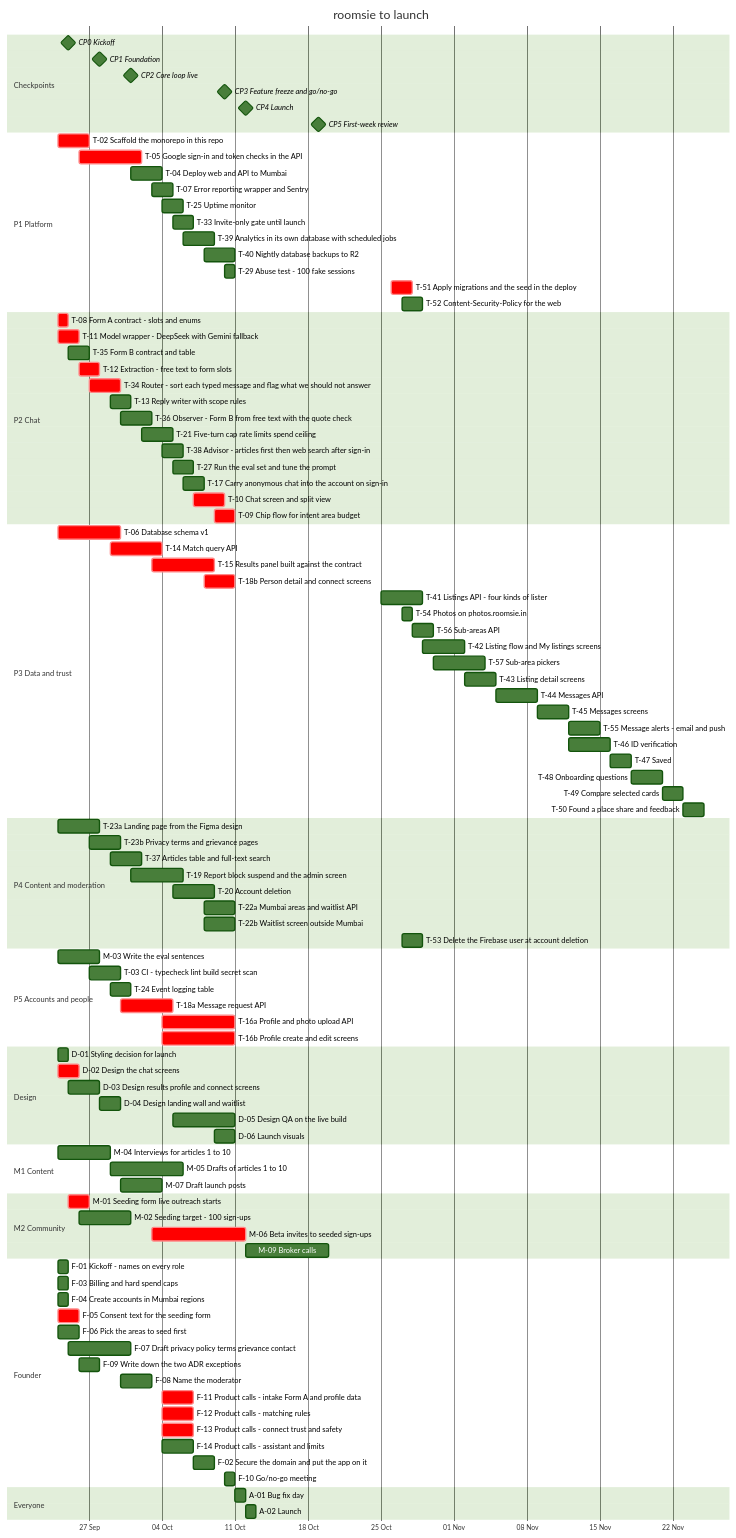
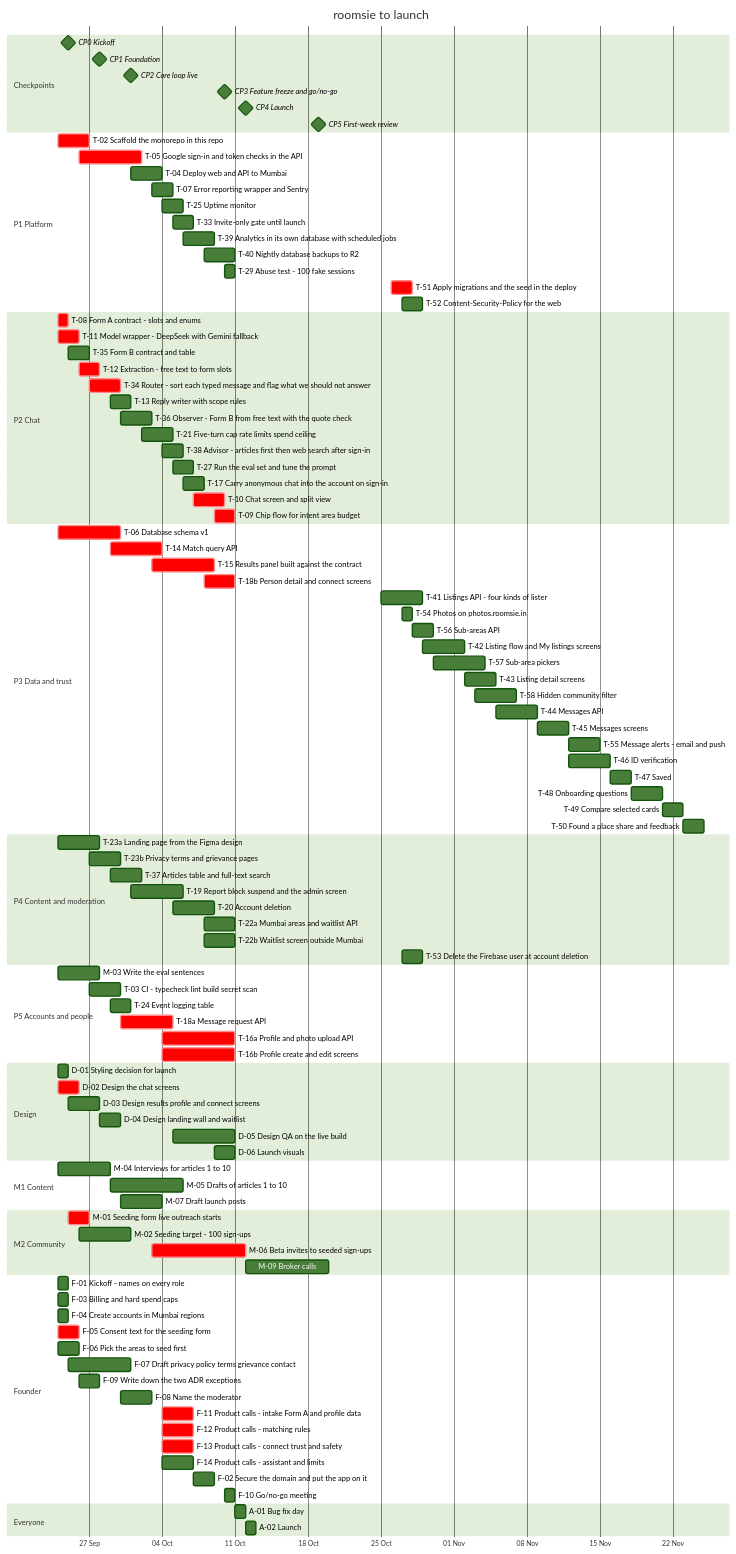
One commit to magentawood/roomsie changed the diagram in docs/team-plan.md. Above: the diagram before and after it, drawn with Mermaid (forest theme). The commit also changed other lines of this file and 28 other files, not shown here.

Commit message:
T-34: the spec, the changed done items 2 and 3, and the new task T-58 for the hidden community filter

```diff
--- a/docs/team-plan.md
+++ b/docs/team-plan.md
@@ -365,6 +367,7 @@
     T-42 Listing flow and My listings screens :t42, 2026-10-29, 4d
     T-57 Sub-area pickers :t57, 2026-10-30, 5d
     T-43 Listing detail screens :t43, 2026-11-02, 3d
+    T-58 Hidden community filter :t58, 2026-11-03, 4d
     T-44 Messages API :t44, 2026-11-05, 4d
     T-45 Messages screens :t45, 2026-11-09, 3d
     T-55 Message alerts - email and push :t55, 2026-11-12, 3d
```
